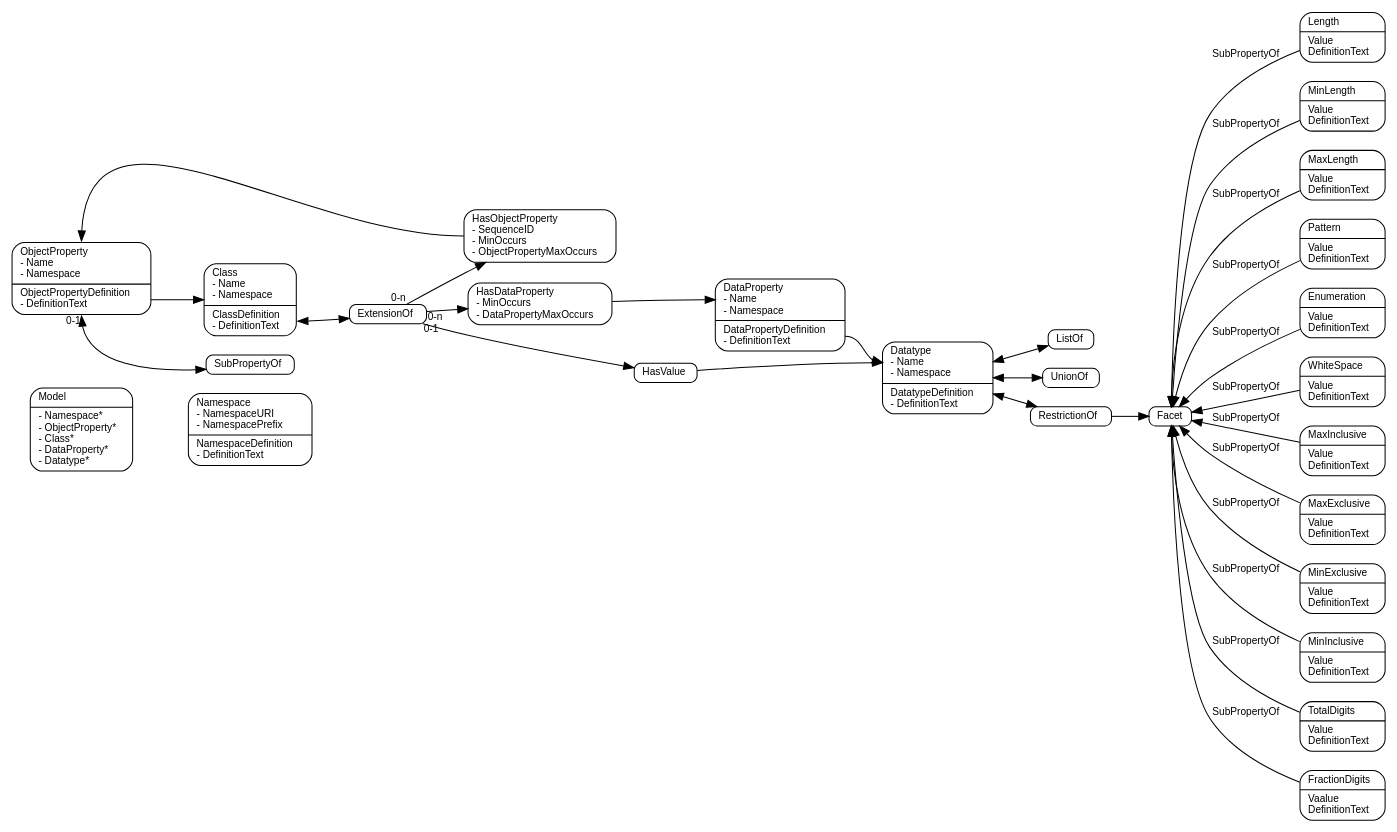
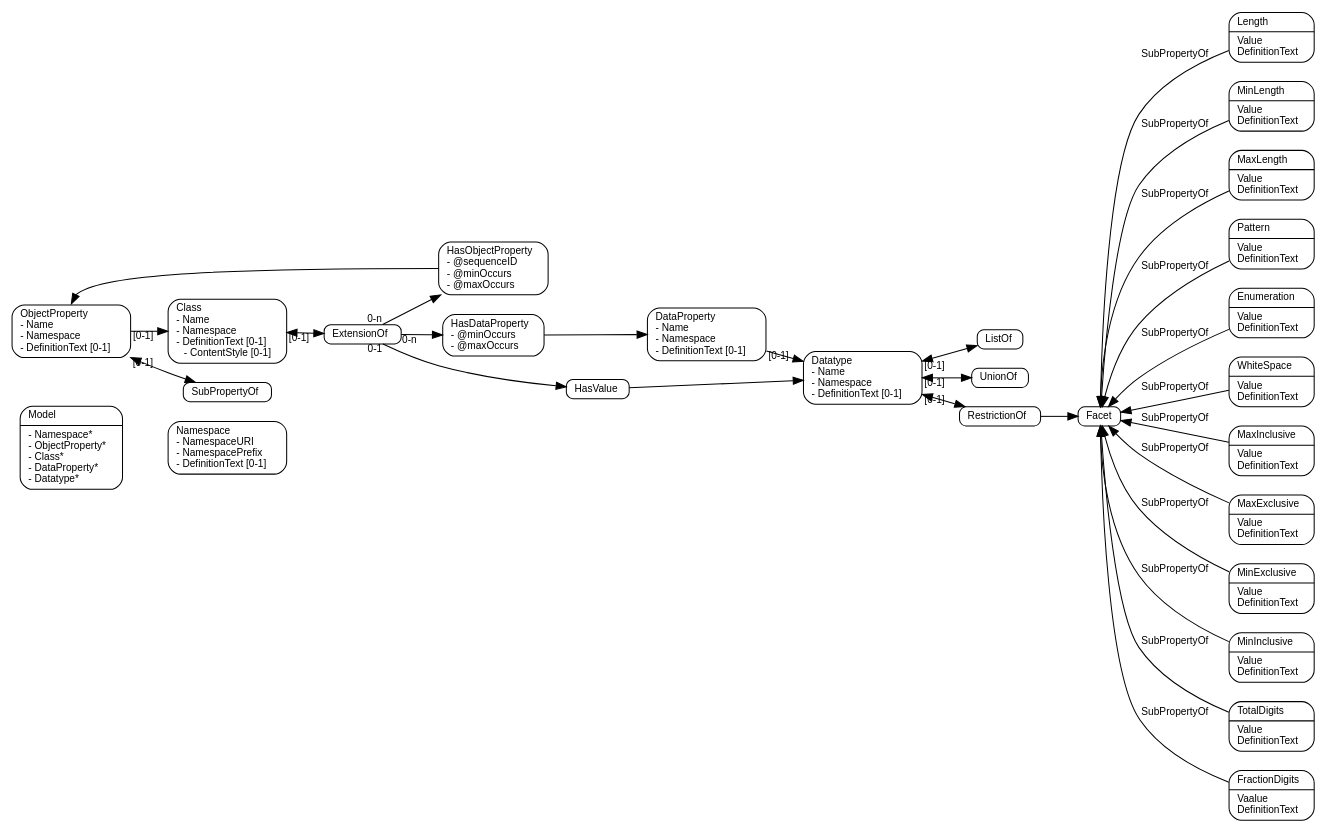
The diagram in metamodel.dot (webb/niem-metamodel), drawn with Graphviz before and after one commit. The commit also changed 1 other file, not shown here.

Commit message:
Removed separation between definition & reference components. will enforce with schematron rules.

```diff
--- a/metamodel.dot
+++ b/metamodel.dot
@@ -1,79 +1,77 @@
 digraph G {
   edge [fontname = "Helvetica", fontsize = 10, dir = forward];
   node [fontname = "Helvetica", fontsize = 10, width = 0, height = 0];
   rankdir = LR;
 
   node [shape=Mrecord];
   
   // model ///////////////////////////////////////////////////////////////////
 
   Model [label="\N\l|- Namespace*\l- ObjectProperty*\l- Class*\l- DataProperty*\l- Datatype*\l"];
 
   // namespace ///////////////////////////////////////////////////////
 
-  Namespace [label="<ref>\N\l- NamespaceURI\l- NamespacePrefix\l|<def>\NDefinition\l- DefinitionText\l"];
+  Namespace [label="\N\l- NamespaceURI\l- NamespacePrefix\l- DefinitionText [0-1]\l"];
 
   Model -> Namespace [style = invis];
 
   // object property ///////////////////////////////////////////////////////
 
-  ObjectProperty [label="<ref>\N\l- Name\l- Namespace\l|<def>\NDefinition\l- DefinitionText\l"];
-  ObjectProperty:def -> Class;
-  ObjectProperty:def:s -> SubPropertyOf [dir=both] [taillabel="0-1"];
+  ObjectProperty [label="\N\l- Name\l- Namespace\l- DefinitionText [0-1]\l"];
+  ObjectProperty -> Class [taillabel="[0-1]"];
+  ObjectProperty -> SubPropertyOf [dir=both] [taillabel="[0-1]"];
 
   SubPropertyOf [label="\N\l"];
 
   // class ///////////////////////////////////////////////////////
 
-  Class [label="<ref>\N\l- Name\l- Namespace\l|<def>\NDefinition\l- DefinitionText\l"];
-  Class:def -> ExtensionOf [dir=both];
+  Class [label="\N\l- Name\l- Namespace\l- DefinitionText [0-1]\l- ContentStyle [0-1]"];
+  Class -> ExtensionOf [dir=both,taillabel="[0-1]"];
   ExtensionOf [label="\N\l"];
   ExtensionOf -> { HasDataProperty HasObjectProperty } [taillabel="0-n"];
   ExtensionOf -> HasValue [taillabel="0-1"];
   
   HasValue [label="\N\l"];
-  HasValue -> Datatype:ref;
+  HasValue -> Datatype;
 
-  HasObjectProperty [label="\N\l- SequenceID\l- MinOccurs\l- ObjectPropertyMaxOccurs\l"];
-  HasObjectProperty:w -> ObjectProperty:ref:n;
+  HasObjectProperty [label="\N\l- @sequenceID\l- @minOccurs\l- @maxOccurs\l"];
+  HasObjectProperty:w -> ObjectProperty:n;
 
-  HasDataProperty [label="\N\l- MinOccurs\l- DataPropertyMaxOccurs\l"];
-  HasDataProperty -> DataProperty:ref;
+  HasDataProperty [label="\N\l- @minOccurs\l- @maxOccurs\l"];
+  HasDataProperty -> DataProperty;
 
   // data property ///////////////////////////////////////////////////////
 
-  DataProperty [label="<ref>\N\l- Name\l- Namespace\l|<def>\NDefinition\l- DefinitionText\l"];
-  DataProperty:def -> Datatype:ref;
+  DataProperty [label="\N\l- Name\l- Namespace\l- DefinitionText [0-1]\l"];
+  DataProperty -> Datatype [taillabel="[0-1]"];
   
   // datatype ///////////////////////////////////////////////////////
 
-  Datatype [label="<ref>\N\l- Name\l- Namespace\l|<def>\NDefinition\l- DefinitionText\l"];
-  Datatype -> ListOf [dir=both];
-  Datatype -> UnionOf [dir=both];
-  Datatype -> RestrictionOf [dir=both];
+  Datatype [label="\N\l- Name\l- Namespace\l- DefinitionText [0-1]\l"];
+  Datatype -> ListOf [dir=both,taillabel="[0-1]"];
+  Datatype -> UnionOf [dir=both,taillabel="[0-1]"];
+  Datatype -> RestrictionOf [dir=both,taillabel="[0-1]"];
 
   ListOf [label="\N\l"];
-
   UnionOf [label="\N\l"];
-
   RestrictionOf [label="\N\l"];
   RestrictionOf -> Facet;
 
   // facets
   Facet [label="\N\l"];
   Length [label="\N\l|Value\lDefinitionText\l"];
   MinLength [label="\N\l|Value\lDefinitionText\l"];
   MaxLength [label="\N\l|Value\lDefinitionText\l"];
   Pattern [label="\N\l|Value\lDefinitionText\l"];
   Enumeration [label="\N\l|Value\lDefinitionText\l"];
   WhiteSpace [label="\N\l|Value\lDefinitionText\l"];
   MaxInclusive [label="\N\l|Value\lDefinitionText\l"];
   MaxExclusive [label="\N\l|Value\lDefinitionText\l"];
   MinExclusive [label="\N\l|Value\lDefinitionText\l"];
   MinInclusive [label="\N\l|Value\lDefinitionText\l"];
   TotalDigits [label="\N\l|Value\lDefinitionText\l"];
   FractionDigits [label="\N\l|Vaalue\lDefinitionText\l"];
 
   edge [dir=back, label="SubPropertyOf"];
   Facet -> { Length MinLength MaxLength Pattern Enumeration WhiteSpace MaxInclusive MaxExclusive MinExclusive MinInclusive TotalDigits FractionDigits }
 }
```
